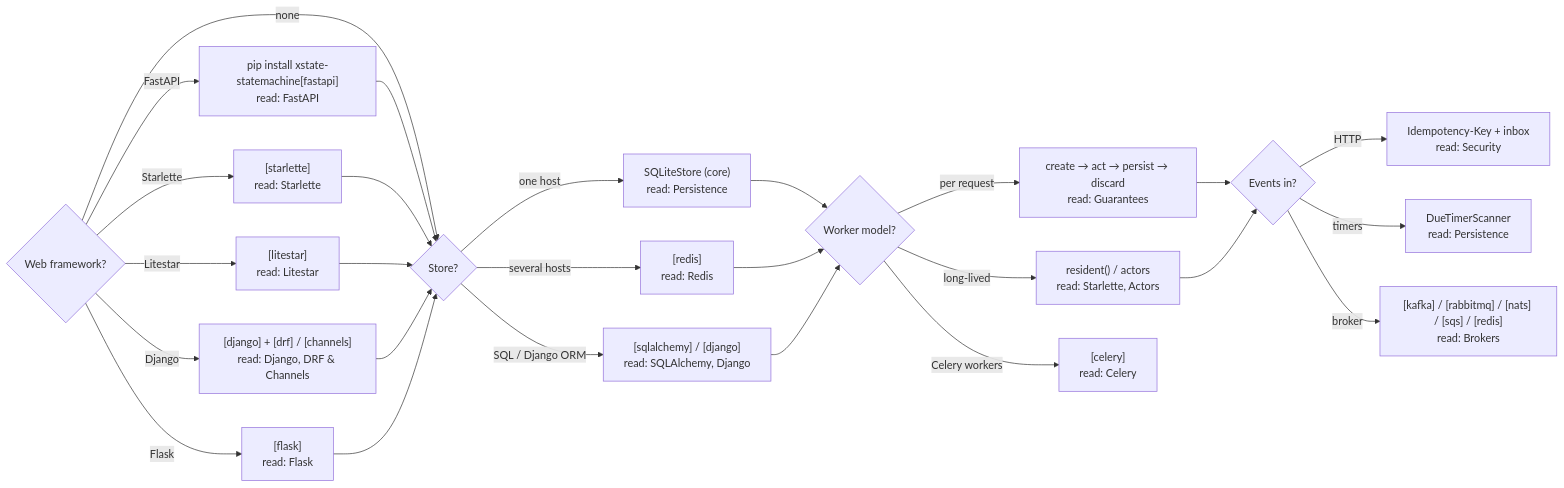
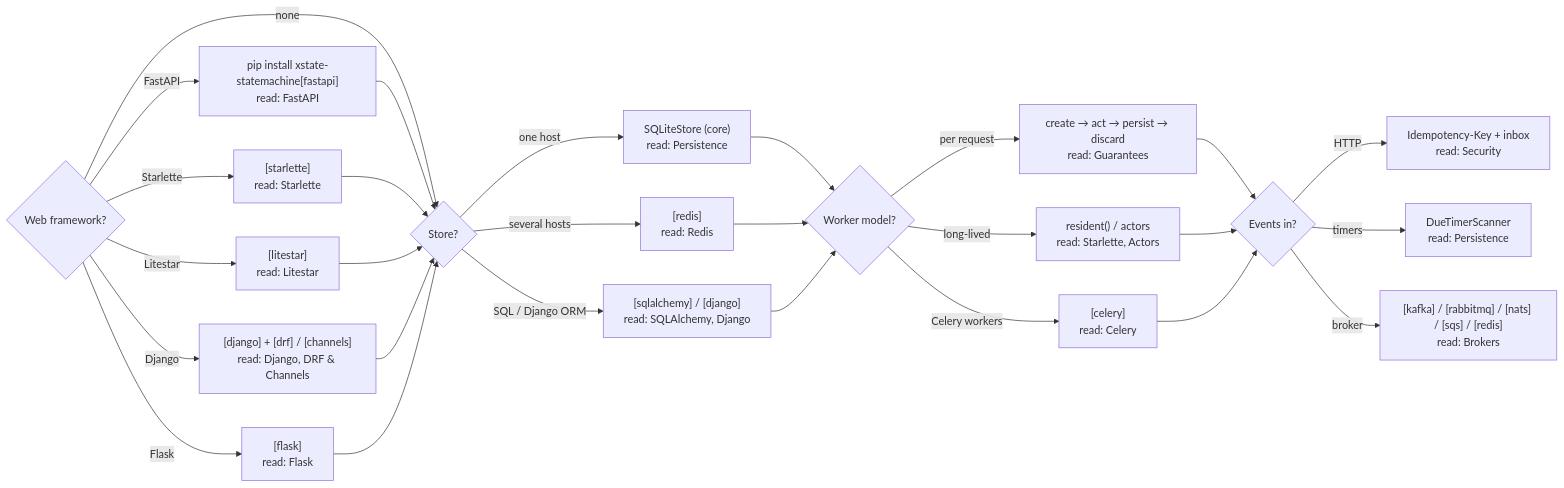
The diagram in docs/_guide/integrations.md (basiltt/xstate-statemachine), drawn with Mermaid before and after one commit. The commit also changed other lines of this file and 13 other files, not shown here.

````diff
--- a/docs/_guide/integrations.md
+++ b/docs/_guide/integrations.md
@@ -16,32 +16,33 @@
 ```mermaid
 flowchart LR
     Q1{Web framework?}
     Q1 -->|FastAPI| FA["pip install xstate-statemachine[fastapi]<br/>read: FastAPI"]
     Q1 -->|Starlette| ST["[starlette]<br/>read: Starlette"]
     Q1 -->|Litestar| LS["[litestar]<br/>read: Litestar"]
     Q1 -->|Django| DJ["[django] + [drf] / [channels]<br/>read: Django, DRF & Channels"]
     Q1 -->|Flask| FL["[flask]<br/>read: Flask"]
     Q1 -->|none| Q2
     FA --> Q2
     ST --> Q2
     LS --> Q2
     DJ --> Q2
     FL --> Q2
     Q2{Store?}
     Q2 -->|one host| SQ["SQLiteStore (core)<br/>read: Persistence"]
     Q2 -->|several hosts| RD["[redis]<br/>read: Redis"]
     Q2 -->|SQL / Django ORM| SQL["[sqlalchemy] / [django]<br/>read: SQLAlchemy, Django"]
     SQ --> Q3
     RD --> Q3
     SQL --> Q3
     Q3{Worker model?}
     Q3 -->|per request| ACT["create → act → persist → discard<br/>read: Guarantees"]
     Q3 -->|long-lived| RES["resident() / actors<br/>read: Starlette, Actors"]
     Q3 -->|Celery workers| PL3["[celery]<br/>read: Celery"]
     ACT --> Q4
     RES --> Q4
+    PL3 --> Q4
     Q4{Events in?}
     Q4 -->|HTTP| HT["Idempotency-Key + inbox<br/>read: Security"]
     Q4 -->|timers| TM["DueTimerScanner<br/>read: Persistence"]
     Q4 -->|broker| PL4["[kafka] / [rabbitmq] / [nats] / [sqs] / [redis]<br/>read: Brokers"]
 ```
````
